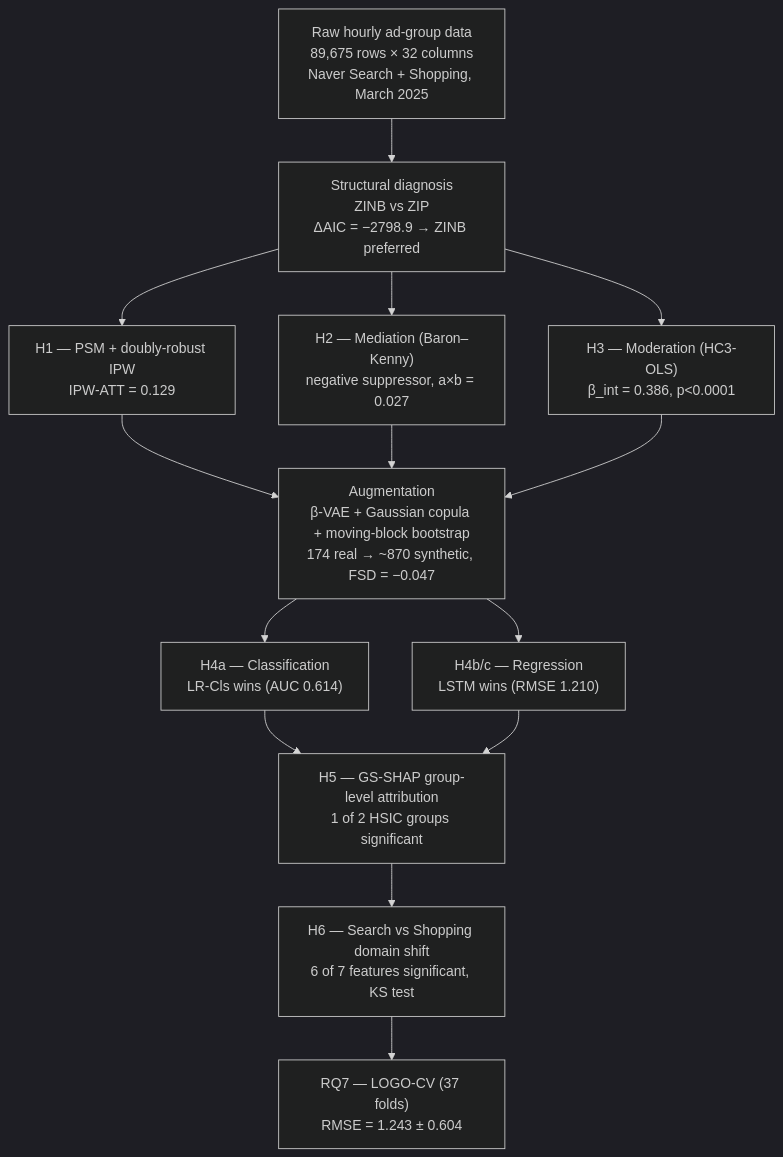
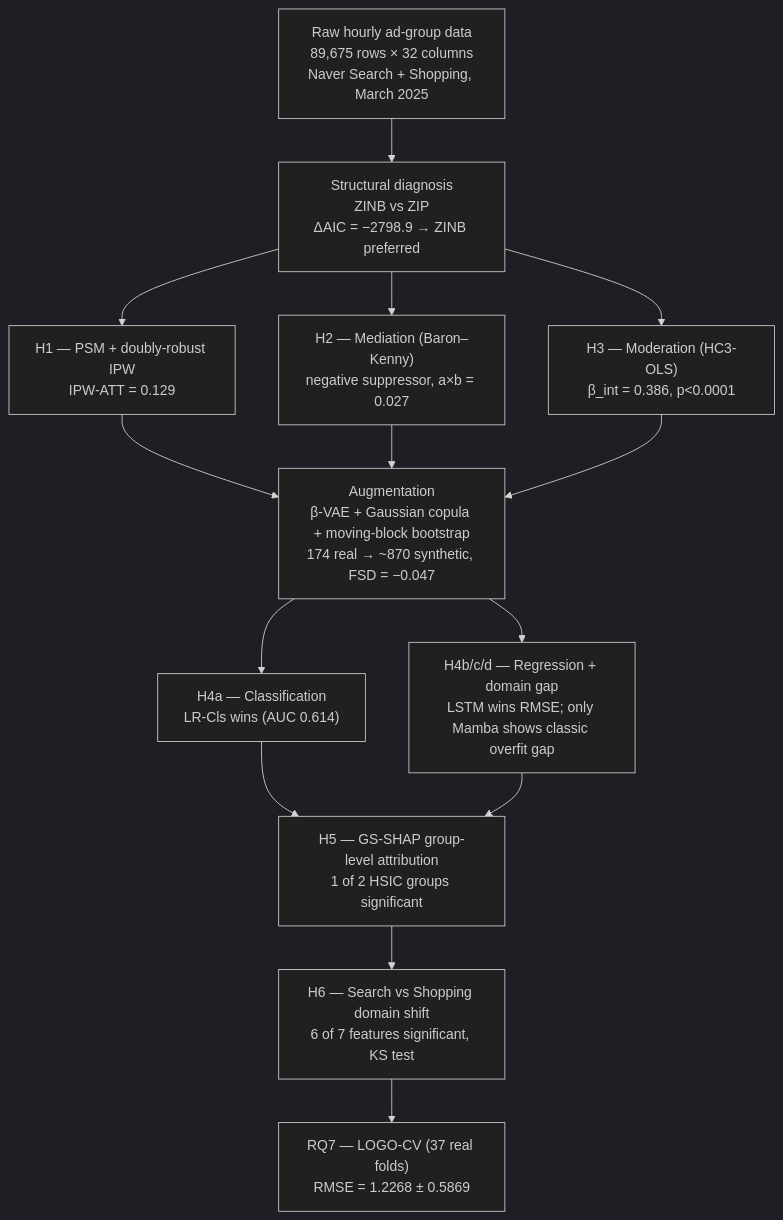
Before and after one commit to LEEYJ1021/sadaf: the diagram in README.md, drawn with Mermaid (dark theme). The commit also changed other lines of this file, not shown here.

````diff
--- a/README.md
+++ b/README.md
@@ -111,16 +113,16 @@
 ```mermaid
 flowchart TD
     A["Raw hourly ad-group data\n89,675 rows × 32 columns\nNaver Search + Shopping, March 2025"] --> B["Structural diagnosis\nZINB vs ZIP\nΔAIC = −2798.9 → ZINB preferred"]
     B --> C1["H1 — PSM + doubly-robust IPW\nIPW-ATT = 0.129"]
     B --> C2["H2 — Mediation (Baron–Kenny)\nnegative suppressor, a×b = 0.027"]
     B --> C3["H3 — Moderation (HC3-OLS)\nβ_int = 0.386, p<0.0001"]
     C1 --> D["Augmentation\nβ-VAE + Gaussian copula + moving-block bootstrap\n174 real → ~870 synthetic, FSD = −0.047"]
     C2 --> D
     C3 --> D
     D --> E1["H4a — Classification\nLR-Cls wins (AUC 0.614)"]
-    D --> E2["H4b/c — Regression\nLSTM wins (RMSE 1.210)"]
+    D --> E2["H4b/c/d — Regression + domain gap\nLSTM wins RMSE; only Mamba shows classic overfit gap"]
     E1 --> F["H5 — GS-SHAP group-level attribution\n1 of 2 HSIC groups significant"]
     E2 --> F
     F --> G["H6 — Search vs Shopping domain shift\n6 of 7 features significant, KS test"]
-    G --> H["RQ7 — LOGO-CV (37 folds)\nRMSE = 1.243 ± 0.604"]
+    G --> H["RQ7 — LOGO-CV (37 real folds)\nRMSE = 1.2268 ± 0.5869"]
 ```
````
